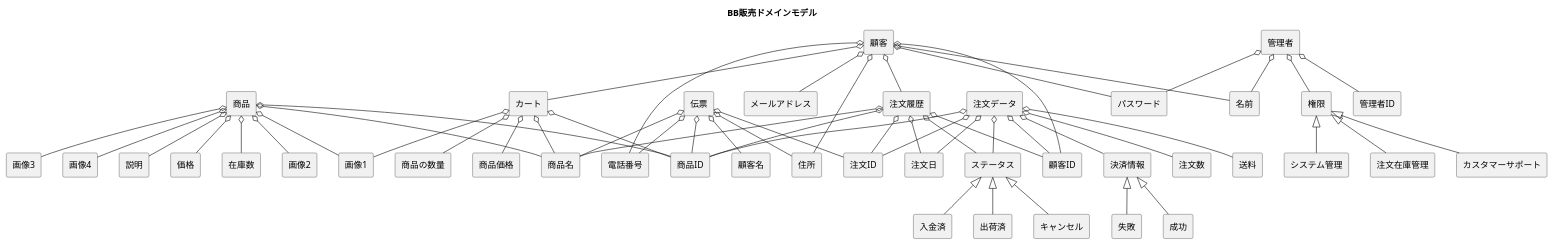
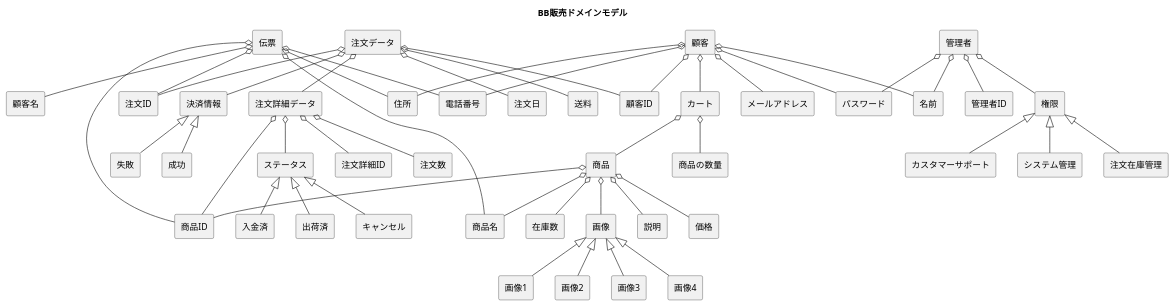
One commit to FujikawaHirono0520/group3_1_dogdog changed the diagram in BB/domain.pu. Above: the diagram before and after it, drawn with PlantUML.

Commit message:
【変更】クラス図に合わせて構成を変更

```diff
--- a/BB/domain.pu
+++ b/BB/domain.pu
@@ -1,76 +1,82 @@
 @startuml
 
 title BB販売ドメインモデル
 skinparam componentStyle rectangle
 [顧客] o-- [顧客ID]
 [顧客] o-- [名前]
 [顧客] o-- [住所]
 [顧客] o-- [電話番号]
 [顧客] o-- [メールアドレス]
 [顧客] o-- [パスワード]
-[顧客] o-- [注文履歴]
+' [顧客] o-- [注文履歴]
 [顧客] o-- [カート]
 
 [管理者] o-- [管理者ID]
 [管理者] o-- [名前]
 [管理者] o-- [パスワード]
 [管理者] o-- [権限]
 
 [権限] <|-- [システム管理]
 [権限] <|-- [注文在庫管理]
 [権限] <|-- [カスタマーサポート]
 
 ' 顧客に表示される情報
-[注文履歴] o-- [顧客ID]
-[注文履歴] o-- [注文ID]
-[注文履歴] o-- [注文日]
-[注文履歴] o-- [商品ID]
-[注文履歴] o-- [商品名]
-[注文履歴] o-- [ステータス]
-
-[ステータス] <|-- [入金済]
-[ステータス] <|-- [出荷済]
-[ステータス] <|-- [キャンセル]
+' [注文履歴] o-- [注文データ]
+' [注文履歴] o-- [顧客ID]
+' [注文履歴] o-- [注文ID]
+' [注文履歴] o-- [注文日]
+' [注文履歴] o-- [商品ID]
+' [注文履歴] o-- [商品名]
+' [注文履歴] o-- [ステータス]
 
 
-[カート] o-- [商品ID]
-[カート] o-- [商品名]
-[カート] o-- [商品価格]
+[カート] o-- [商品]
+' [カート] o-- [商品ID]
+' [カート] o-- [商品名]
+' [カート] o-- [商品価格]
 ' 画像は商品に設定された画像1
-[カート] o-- [画像1]
+' [カート] o-- [画像1]
 [カート] o-- [商品の数量]
 
 ' 注文在庫管理者に表示される情報
 [注文データ] o-- [注文ID]
 [注文データ] o-- [顧客ID]
-[注文データ] o-- [商品ID]
+[注文データ] o-- [注文詳細データ]
 [注文データ] o-- [注文日]
-[注文データ] o-- [注文数]
 [注文データ] o-- [送料]
 [注文データ] o-- [決済情報]
-[注文データ] o-- [ステータス]
+
+[注文詳細データ] o-- [注文詳細ID]
+[注文詳細データ] o-- [商品ID]
+[注文詳細データ] o-- [注文数]
+[注文詳細データ] o-- [ステータス]
+
+[ステータス] <|-- [入金済]
+[ステータス] <|-- [出荷済]
+[ステータス] <|-- [キャンセル]
 
 ' 配送用の伝票に印字される情報
 [伝票] o-- [注文ID]
 [伝票] o-- [商品ID]
 [伝票] o-- [商品名]
 [伝票] o-- [顧客名]
 [伝票] o-- [住所]
 [伝票] o-- [電話番号]
 
 [決済情報] <|-- [成功]
 [決済情報] <|-- [失敗]
 
 ' 商品ページ用
 [商品] o-- [商品ID]
 [商品] o-- [商品名]
 [商品] o-- [説明]
 [商品] o-- [価格]
 [商品] o-- [在庫数]
 ' 画像1はNOT NULL
-[商品] o-- [画像1]
-[商品] o-- [画像2]
-[商品] o-- [画像3]
-[商品] o-- [画像4]
+[商品] o-- [画像]
+[画像] <|-- [画像1]
+[画像] <|-- [画像2]
+[画像] <|-- [画像3]
+[画像] <|-- [画像4]
 
 @enduml
```
